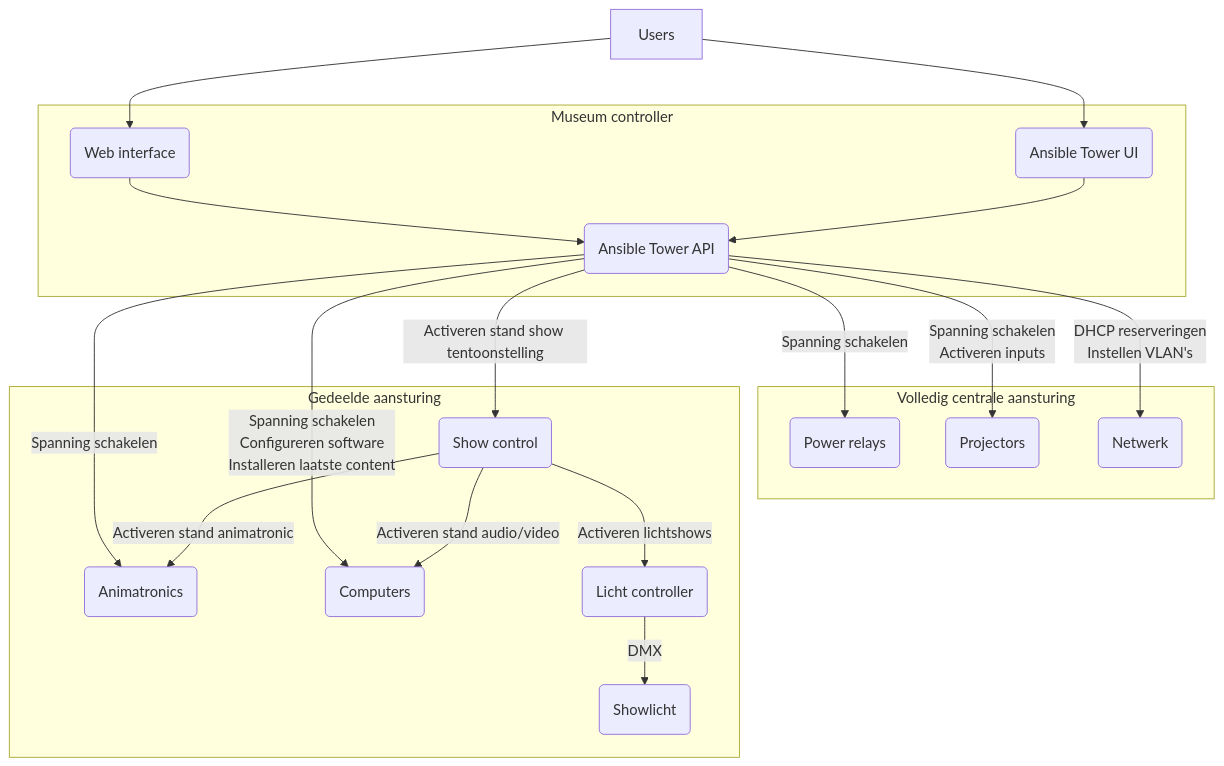
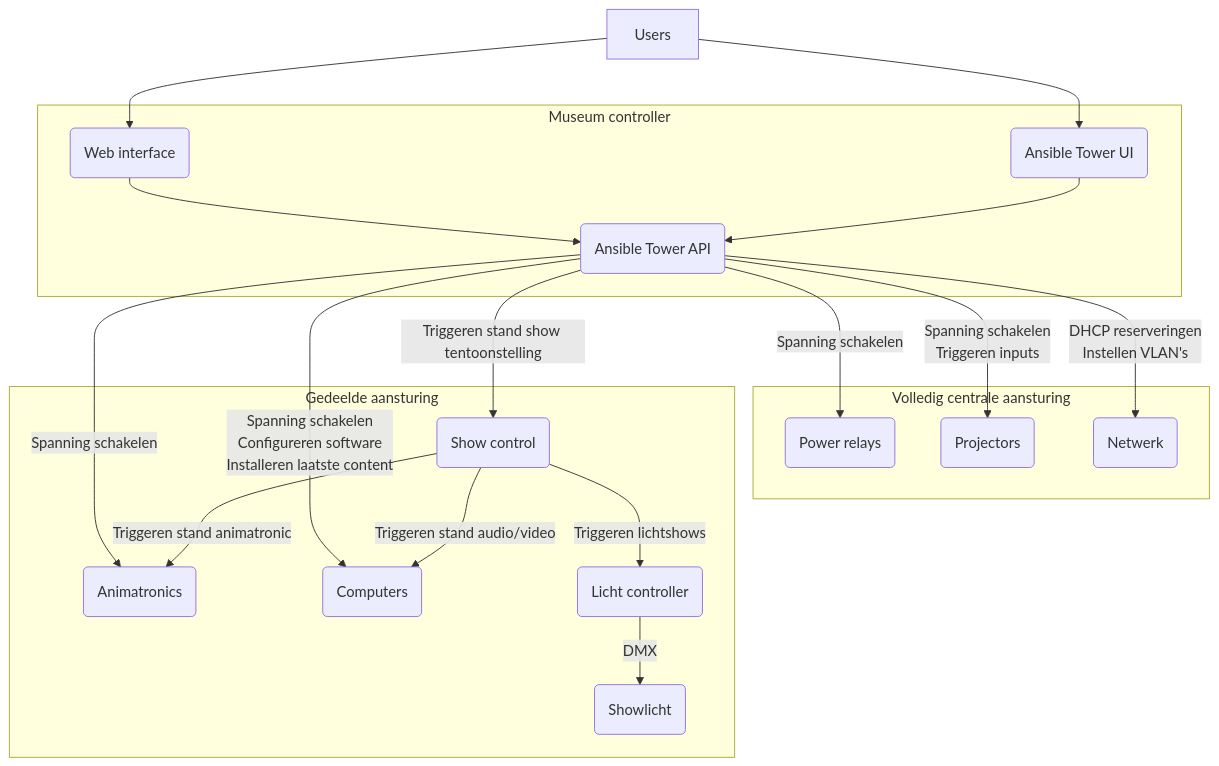
The diagram in content/ontwerpen/showcontrol.md (woutermbrink/naturalis-docs), drawn with Mermaid before and after one commit. The commit also changed other lines of this file, not shown here.

Commit message:
Verander activeren in triggeren

```diff
--- a/content/ontwerpen/showcontrol.md
+++ b/content/ontwerpen/showcontrol.md
@@ -76,23 +76,23 @@
 {{<mermaid align="left">}}
 graph TD
     A[Users] --> B(Web interface)
     A[Users] --> C(Ansible Tower UI)
     subgraph Museum controller
     B --> D(Ansible Tower API)
     C --> D
     end
-    D -->|Activeren stand show tentoonstelling| E(Show control)
+    D -->|Triggeren stand show tentoonstelling| E(Show control)
     D -->|Spanning schakelen| G(Animatronics)
     D -->|Spanning schakelen<br/>Configureren software<br/>Installeren laatste content| F(Computers)
     subgraph Volledig centrale aansturing
     D -->|Spanning schakelen| H(Power relays)
-    D -->|Spanning schakelen<br/>Activeren inputs| I(Projectors)
+    D -->|Spanning schakelen<br/>Triggeren inputs| I(Projectors)
     D -->|DHCP reserveringen<br/>Instellen VLAN's| J(Netwerk)
     end
     subgraph Gedeelde aansturing
-    E -->|Activeren lichtshows| K(Licht controller)
-    E -->|Activeren stand audio/video| F
-    E -->|Activeren stand animatronic| G
+    E -->|Triggeren lichtshows| K(Licht controller)
+    E -->|Triggeren stand audio/video| F
+    E -->|Triggeren stand animatronic| G
     K -->|DMX| L(Showlicht)
     end
 {{< /mermaid >}}
```
